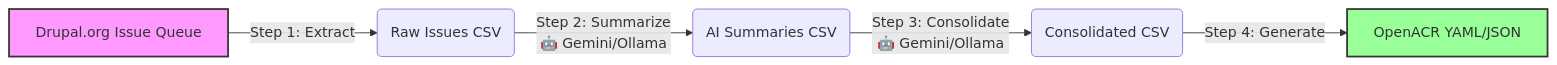
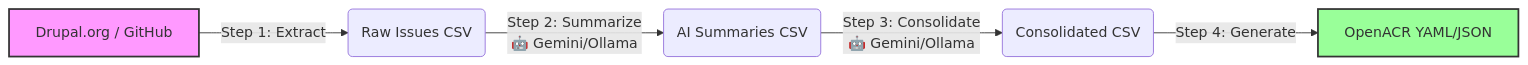
The diagram in README.md (mgifford/python-acr), drawn with Mermaid before and after one commit. The commit also changed other lines of this file, not shown here.

Commit message:
Update README with GitHub support and custom tags documentation

````diff
--- a/README.md
+++ b/README.md
@@ -40,10 +40,10 @@
 ```mermaid
 graph LR
-    A[Drupal.org Issue Queue] -->|Step 1: Extract| B(Raw Issues CSV)
+    A[Drupal.org / GitHub] -->|Step 1: Extract| B(Raw Issues CSV)
     B -->|Step 2: Summarize <br/> 🤖 Gemini/Ollama| C(AI Summaries CSV)
     C -->|Step 3: Consolidate <br/> 🤖 Gemini/Ollama| D(Consolidated CSV)
     D -->|Step 4: Generate| E[OpenACR YAML/JSON]
     
     style A fill:#f9f,stroke:#333,stroke-width:2px
     style E fill:#9f9,stroke:#333,stroke-width:2px
 ```
````
